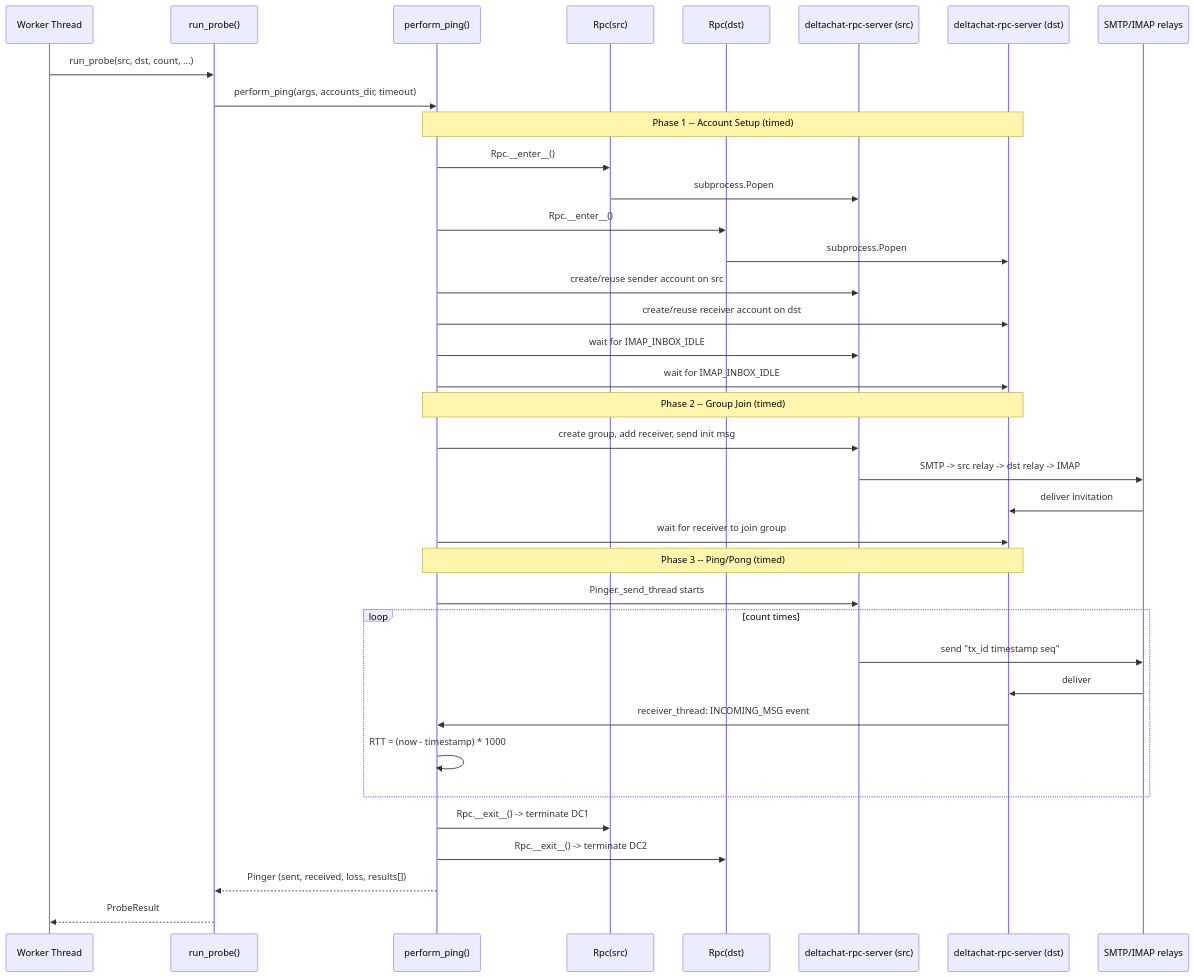
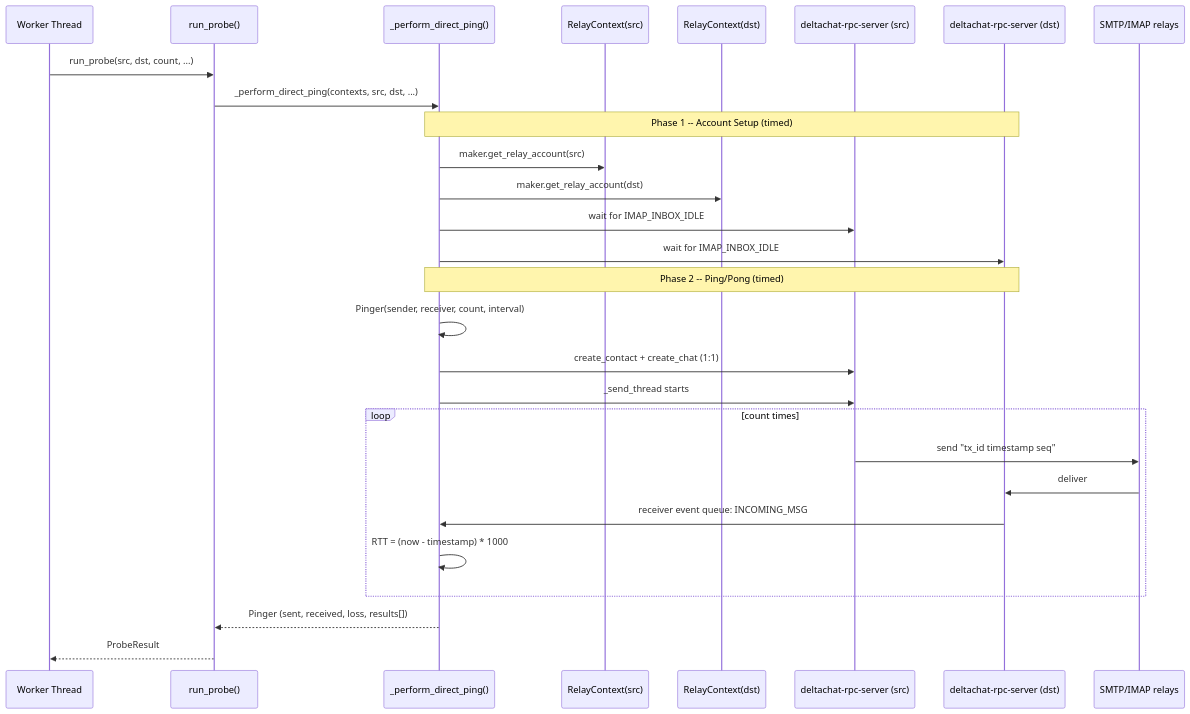
The third of 9 diagrams in TECHNICAL.md (j4n/chatmail-prober), drawn with Mermaid before and after one commit. The commit also changed other lines of this file and 10 other files, not shown here.

First line of the commit message:
Vendor cmping direct-ping logic into chatmail_prober.prober

````diff
--- a/TECHNICAL.md
+++ b/TECHNICAL.md
@@ -175,44 +174,34 @@
 ```mermaid
 sequenceDiagram
     participant W as Worker Thread
     participant RP as run_probe()
-    participant PP as perform_ping()
-    participant RPC1 as Rpc(src)
-    participant RPC2 as Rpc(dst)
+    participant PP as _perform_direct_ping()
+    participant RPC1 as RelayContext(src)
+    participant RPC2 as RelayContext(dst)
     participant DC1 as deltachat-rpc-server (src)
     participant DC2 as deltachat-rpc-server (dst)
     participant SM as SMTP/IMAP relays
 
     W->>RP: run_probe(src, dst, count, ...)
-    RP->>PP: perform_ping(args, accounts_dir, timeout)
+    RP->>PP: _perform_direct_ping(contexts, src, dst, ...)
 
     Note over PP,DC2: Phase 1 -- Account Setup (timed)
-    PP->>RPC1: Rpc.__enter__()
-    RPC1->>DC1: subprocess.Popen
-    PP->>RPC2: Rpc.__enter__()
-    RPC2->>DC2: subprocess.Popen
-    PP->>DC1: create/reuse sender account on src
-    PP->>DC2: create/reuse receiver account on dst
+    PP->>RPC1: maker.get_relay_account(src)
+    PP->>RPC2: maker.get_relay_account(dst)
     PP->>DC1: wait for IMAP_INBOX_IDLE
     PP->>DC2: wait for IMAP_INBOX_IDLE
 
-    Note over PP,DC2: Phase 2 -- Group Join (timed)
-    PP->>DC1: create group, add receiver, send init msg
-    DC1->>SM: SMTP -> src relay -> dst relay -> IMAP
-    SM->>DC2: deliver invitation
-    PP->>DC2: wait for receiver to join group
-
-    Note over PP,DC2: Phase 3 -- Ping/Pong (timed)
-    PP->>DC1: Pinger._send_thread starts
+    Note over PP,DC2: Phase 2 -- Ping/Pong (timed)
+    PP->>PP: Pinger(sender, receiver, count, interval)
+    PP->>DC1: create_contact + create_chat (1:1)
+    PP->>DC1: _send_thread starts
     loop count times
         DC1->>SM: send "tx_id timestamp seq"
         SM->>DC2: deliver
-        DC2->>PP: receiver_thread: INCOMING_MSG event
+        DC2->>PP: receiver event queue: INCOMING_MSG
         PP->>PP: RTT = (now - timestamp) * 1000
     end
 
-    PP->>RPC1: Rpc.__exit__() -> terminate DC1
-    PP->>RPC2: Rpc.__exit__() -> terminate DC2
     PP-->>RP: Pinger (sent, received, loss, results[])
     RP-->>W: ProbeResult
 ```
````
